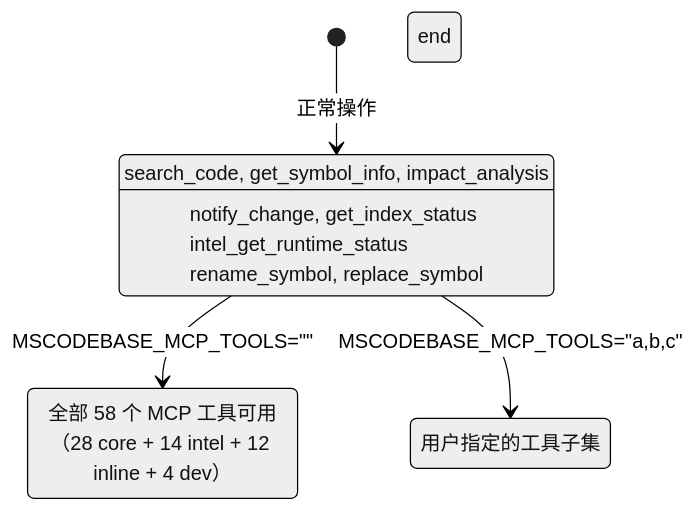
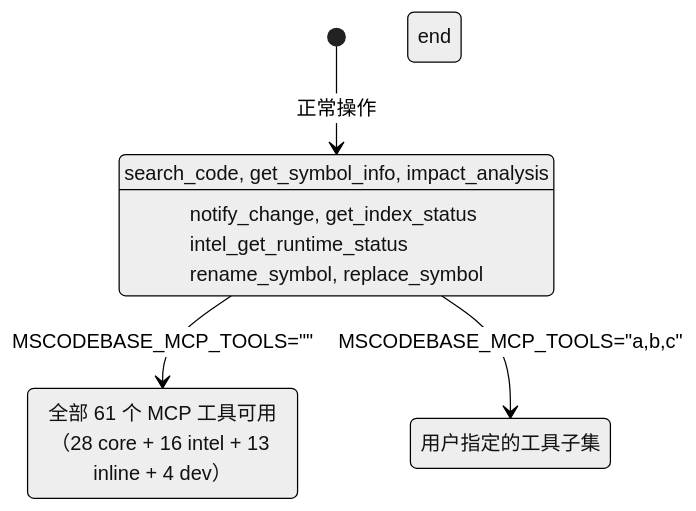
One commit to ManSio/mscodebase-intelligence changed the third of 4 diagrams in docs/zh/GRACEFUL_DEGRADATION.md. Above: the diagram before and after it, drawn with Mermaid (neutral theme). The commit also changed 30 other files, not shown here.

````diff
--- a/docs/zh/GRACEFUL_DEGRADATION.md
+++ b/docs/zh/GRACEFUL_DEGRADATION.md
@@ -83,22 +83,22 @@
 ```mermaid
 stateDiagram-v2
     [*] --> DEFAULT_TOOLS: 正常操作
 
     state DEFAULT_TOOLS[可见: 12 个工具]
         DEFAULT_TOOLS: search_code, get_symbol_info, impact_analysis
         DEFAULT_TOOLS: notify_change, get_index_status
         DEFAULT_TOOLS: intel_get_runtime_status
         DEFAULT_TOOLS: rename_symbol, replace_symbol
     end
 
     DEFAULT_TOOLS --> ALL_TOOLS: MSCODEBASE_MCP_TOOLS=""
     DEFAULT_TOOLS --> CUSTOM_TOOLS: MSCODEBASE_MCP_TOOLS="a,b,c"
 
-    state ALL_TOOLS[可见: 58 个工具]
-        ALL_TOOLS: 全部 58 个 MCP 工具可用（28 core + 14 intel + 12 inline + 4 dev）
+    state ALL_TOOLS[可见: 61 个工具]
+        ALL_TOOLS: 全部 61 个 MCP 工具可用（28 core + 16 intel + 13 inline + 4 dev）
     end
 
     state CUSTOM_TOOLS[自定义选择]
         CUSTOM_TOOLS: 用户指定的工具子集
     end
 ```
````
